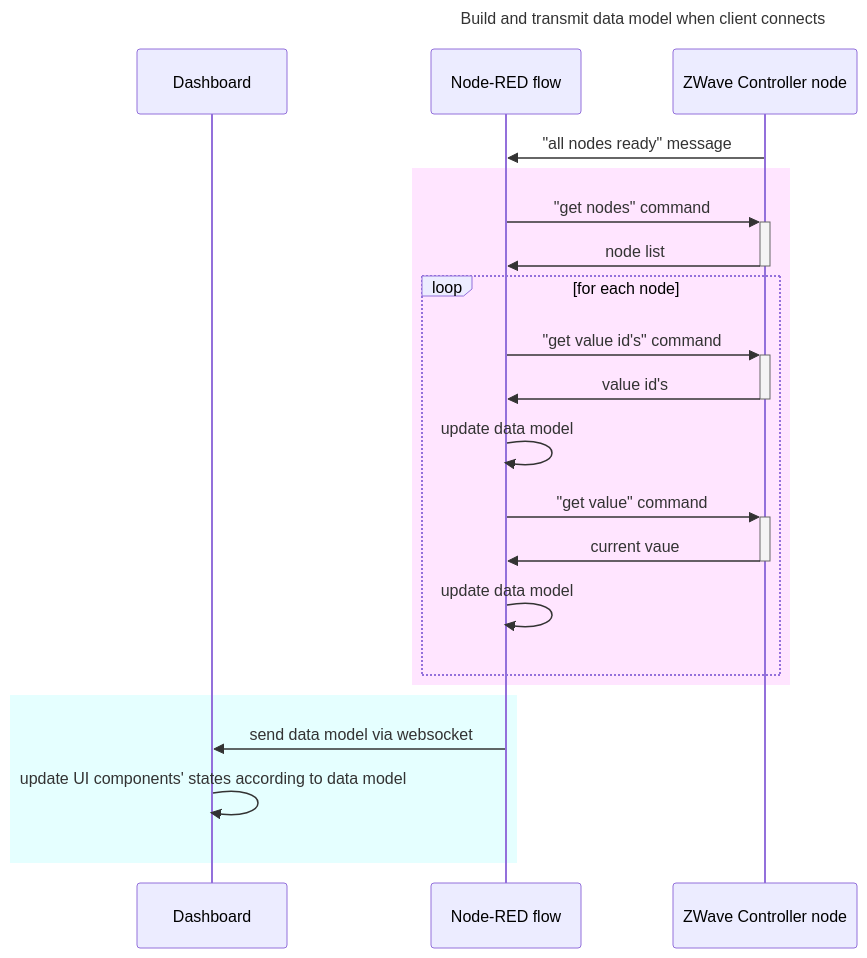
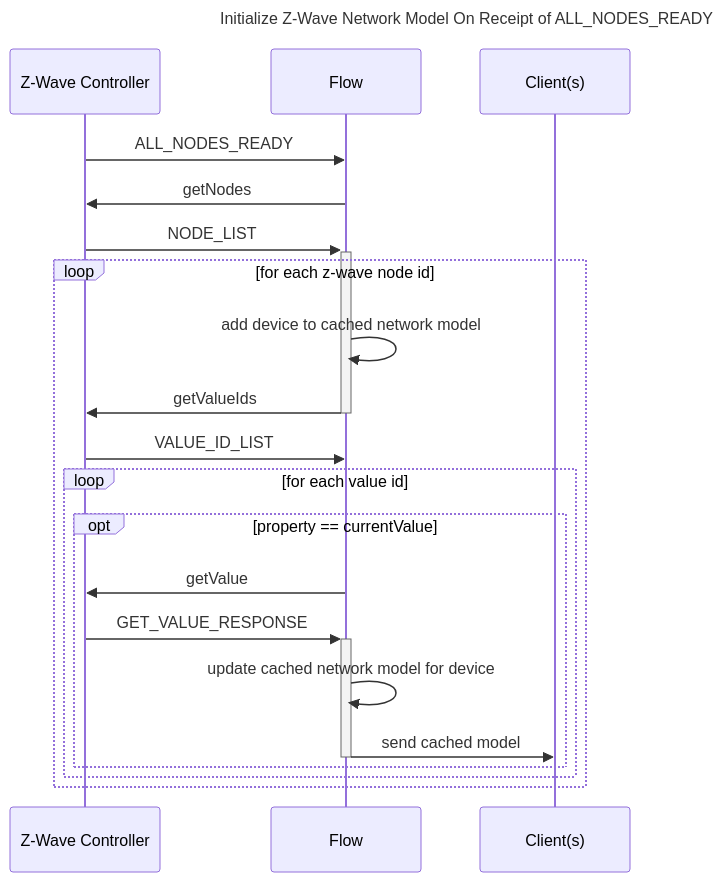
One commit to parasaurolophus/node-red-zwave-js-example changed the third of 3 diagrams in README.md. Above: the diagram before and after it, drawn with Mermaid. The commit also changed other lines of this file and 3 other files, not shown here.

````diff
--- a/README.md
+++ b/README.md
@@ -342,30 +355,31 @@
 ```mermaid
 ---
-title: Build and transmit data model when client connects
+title: Initialize Z-Wave Network Model On Receipt of ALL_NODES_READY
 ---
 sequenceDiagram
 
-  participant dashboard as Dashboard
-  participant flow as Node-RED flow
-  participant controllernode as ZWave Controller node
+    participant controller as Z-Wave Controller
+    participant flow as Flow
+    participant client as Client(s)
 
-  controllernode ->> flow: "all nodes ready" message
+    controller ->> flow: ALL_NODES_READY
+    flow ->> controller: getNodes
+    controller ->>+ flow: NODE_LIST
 
-  rect rgba(255, 0, 255, 0.1)
-    flow ->>+ controllernode: "get nodes" command
-    controllernode ->>- flow: node list
-    loop for each node
-      flow ->>+ controllernode: "get value id's" command
-      controllernode ->>- flow: value id's
-      flow ->> flow: update data model
-      flow ->>+ controllernode: "get value" command
-      controllernode ->>- flow: current vaue
-      flow ->> flow: update data model
+    loop for each z-wave node id
+
+        flow ->> flow: add device to cached network model
+        flow ->>- controller: getValueIds
+        controller ->> flow: VALUE_ID_LIST
+
+        loop for each value id
+
+          opt property == currentValue
+              flow ->> controller: getValue
+              controller ->>+ flow: GET_VALUE_RESPONSE
+              flow ->> flow: update cached network model for device
+              flow ->>- client: send cached model
+          end
+        end
     end
-  end
-
-  rect rgba(0, 255, 255, 0.1)
-    flow ->> dashboard: send data model via websocket
-    dashboard ->> dashboard: update UI components' states according to data model
-  end
 ```
````
